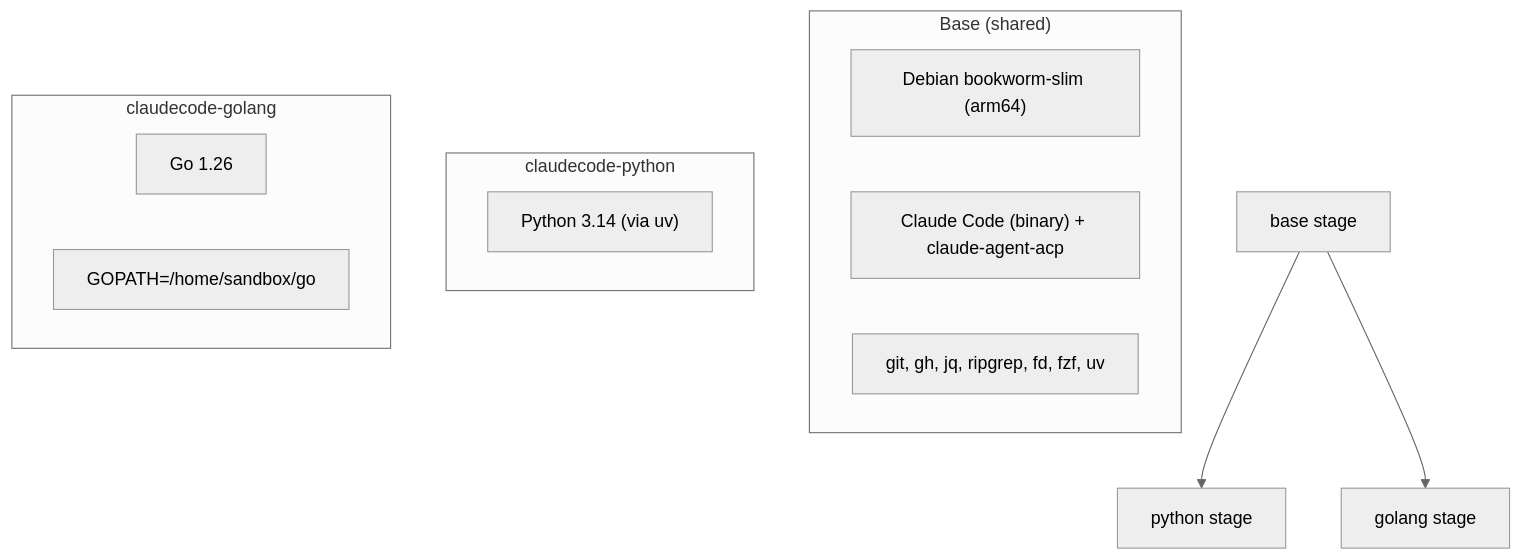
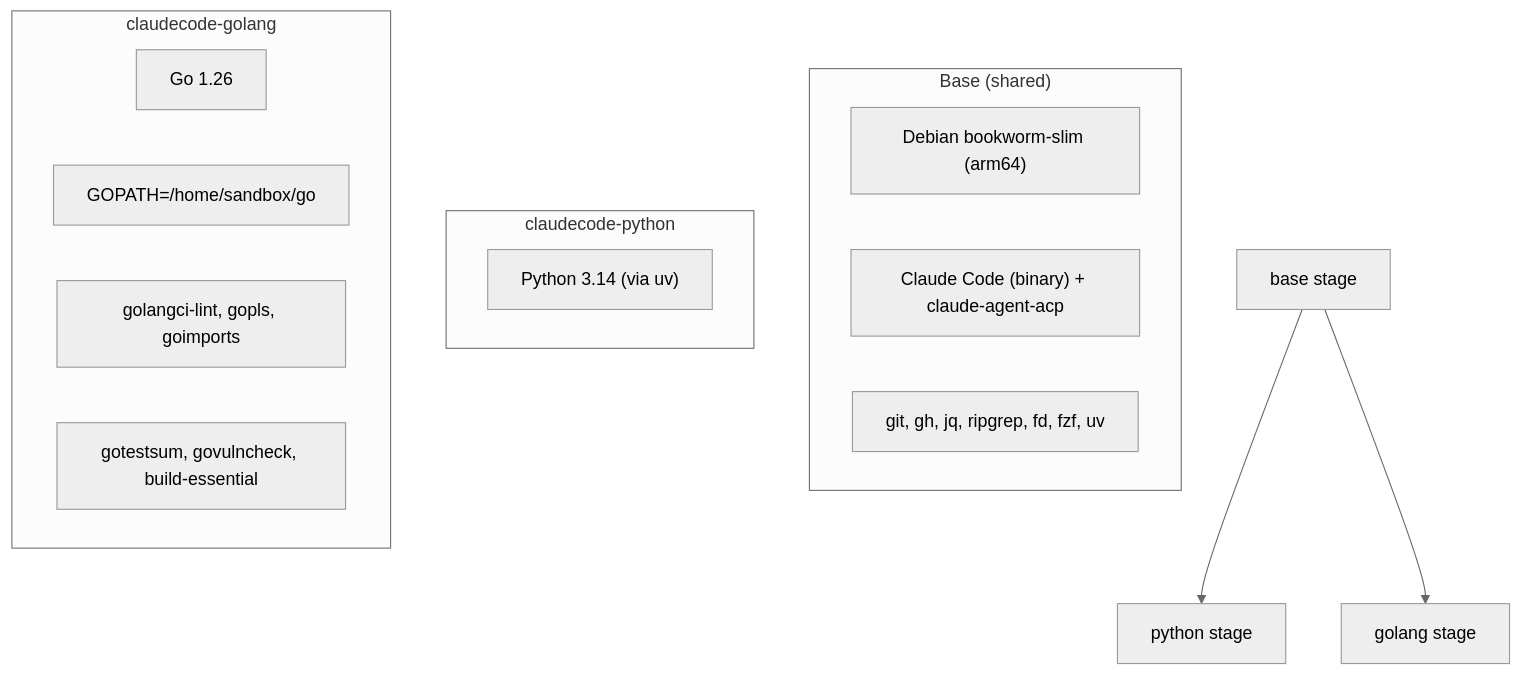
One commit to chew-z/Container changed the fifth of 8 diagrams in README.md. Above: the diagram before and after it, drawn with Mermaid (neutral theme). The commit also changed other lines of this file and 3 other files, not shown here.

````diff
--- a/README.md
+++ b/README.md
@@ -183,23 +183,25 @@
 ```mermaid
 flowchart TB
     Base["base stage"] --> Python["python stage"]
     Base --> Golang["golang stage"]
 
     subgraph Base_contents["Base (shared)"]
         direction LR
         B1["Debian bookworm-slim (arm64)"]
         B2["Claude Code (binary) + claude-agent-acp"]
         B3["git, gh, jq, ripgrep, fd, fzf, uv"]
     end
 
     subgraph Python_contents["claudecode-python"]
         direction LR
         P1["Python 3.14 (via uv)"]
     end
 
     subgraph Golang_contents["claudecode-golang"]
         direction LR
         G1["Go 1.26"]
         G2["GOPATH=/home/sandbox/go"]
+        G3["golangci-lint, gopls, goimports"]
+        G4["gotestsum, govulncheck, build-essential"]
     end
 ```
````
